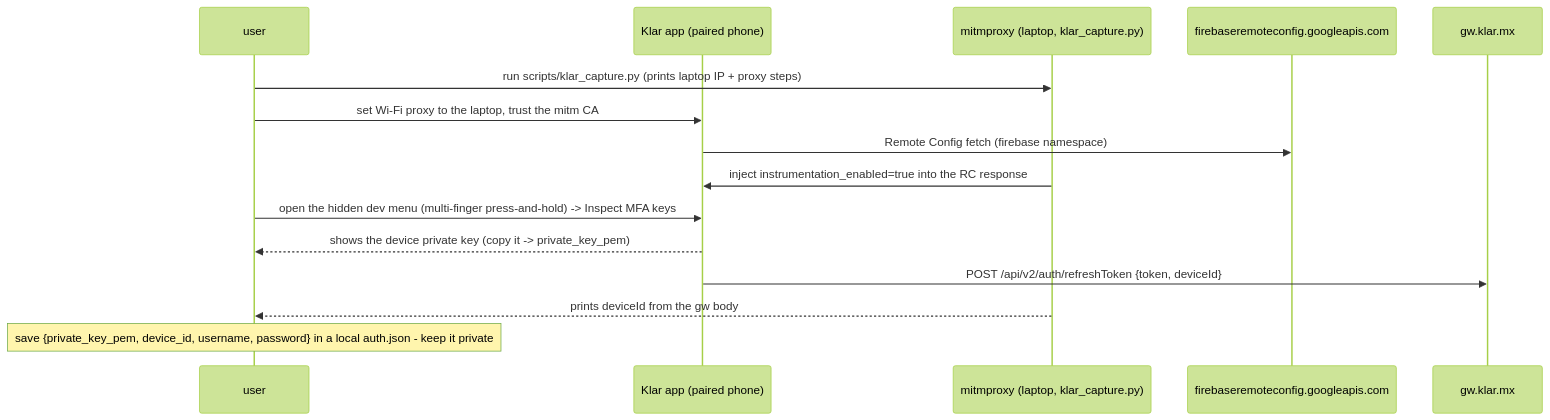
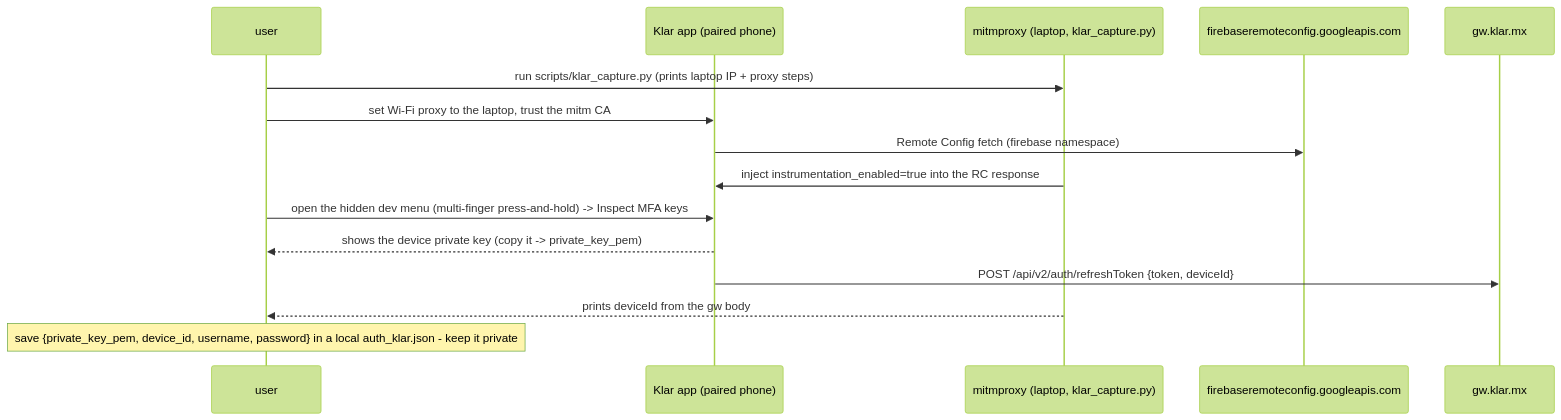
One commit to PaoloReyes/finscraper-mx changed the first of 2 diagrams in docs/flows/klar.md. Above: the diagram before and after it, drawn with Mermaid (forest theme). The commit also changed other lines of this file and 23 other files, not shown here.

````diff
--- a/docs/flows/klar.md
+++ b/docs/flows/klar.md
@@ -26,18 +28,18 @@
 ```mermaid
 sequenceDiagram
   participant U as user
   participant Ph as Klar app (paired phone)
   participant M as mitmproxy (laptop, klar_capture.py)
   participant FB as firebaseremoteconfig.googleapis.com
   participant GW as gw.klar.mx
 
   U->>M: run scripts/klar_capture.py (prints laptop IP + proxy steps)
   U->>Ph: set Wi-Fi proxy to the laptop, trust the mitm CA
   Ph->>FB: Remote Config fetch (firebase namespace)
   M->>Ph: inject instrumentation_enabled=true into the RC response
   U->>Ph: open the hidden dev menu (multi-finger press-and-hold) -> Inspect MFA keys
   Ph-->>U: shows the device private key (copy it -> private_key_pem)
   Ph->>GW: POST /api/v2/auth/refreshToken {token, deviceId}
   M-->>U: prints deviceId from the gw body
-  Note over U: save {private_key_pem, device_id, username, password} in a local auth.json - keep it private
+  Note over U: save {private_key_pem, device_id, username, password} in a local auth_klar.json - keep it private
 ```
````
